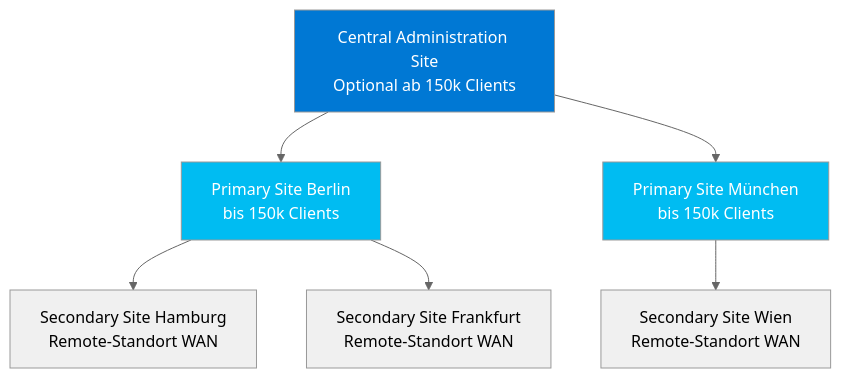
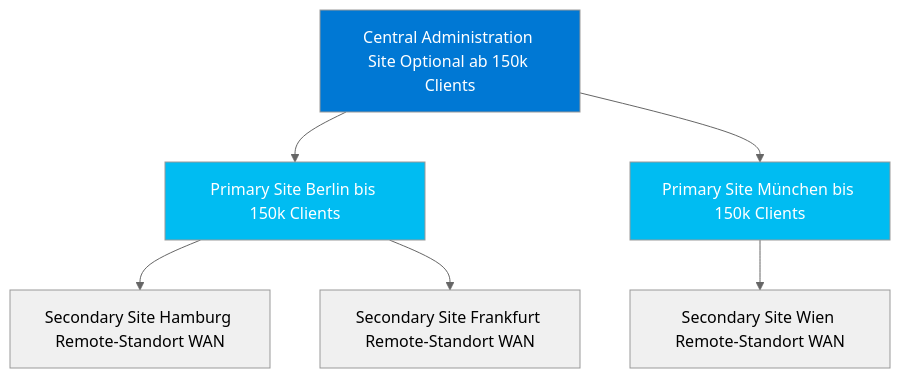
Before and after one commit to SoniiiT/notes-n-docs: the diagram in Microsoft 365/System Center/MECM SCCM Grundlagen.md, drawn with Mermaid (neutral theme). The commit also changed 124 other files, not shown here.

First line of the commit message:
fix: Entferne \n aus allen Mermaid-Diagrammen (125 Dateien)

````diff
--- a/Microsoft 365/System Center/MECM SCCM Grundlagen.md
+++ b/Microsoft 365/System Center/MECM SCCM Grundlagen.md
@@ -42,15 +42,15 @@
 ```mermaid
 graph TD
-    CAS[Central Administration Site\nOptional ab 150k Clients] --> PS1[Primary Site Berlin\nbis 150k Clients]
-    CAS --> PS2[Primary Site München\nbis 150k Clients]
-    PS1 --> SS1[Secondary Site Hamburg\nRemote-Standort WAN]
-    PS1 --> SS2[Secondary Site Frankfurt\nRemote-Standort WAN]
-    PS2 --> SS3[Secondary Site Wien\nRemote-Standort WAN]
+    CAS[Central Administration Site Optional ab 150k Clients] --> PS1[Primary Site Berlin bis 150k Clients]
+    CAS --> PS2[Primary Site München bis 150k Clients]
+    PS1 --> SS1[Secondary Site Hamburg Remote-Standort WAN]
+    PS1 --> SS2[Secondary Site Frankfurt Remote-Standort WAN]
+    PS2 --> SS3[Secondary Site Wien Remote-Standort WAN]
 
     style CAS fill:#0078D4,color:#fff
     style PS1 fill:#00BCF2,color:#fff
     style PS2 fill:#00BCF2,color:#fff
     style SS1 fill:#f0f0f0
     style SS2 fill:#f0f0f0
     style SS3 fill:#f0f0f0
 ```
````
